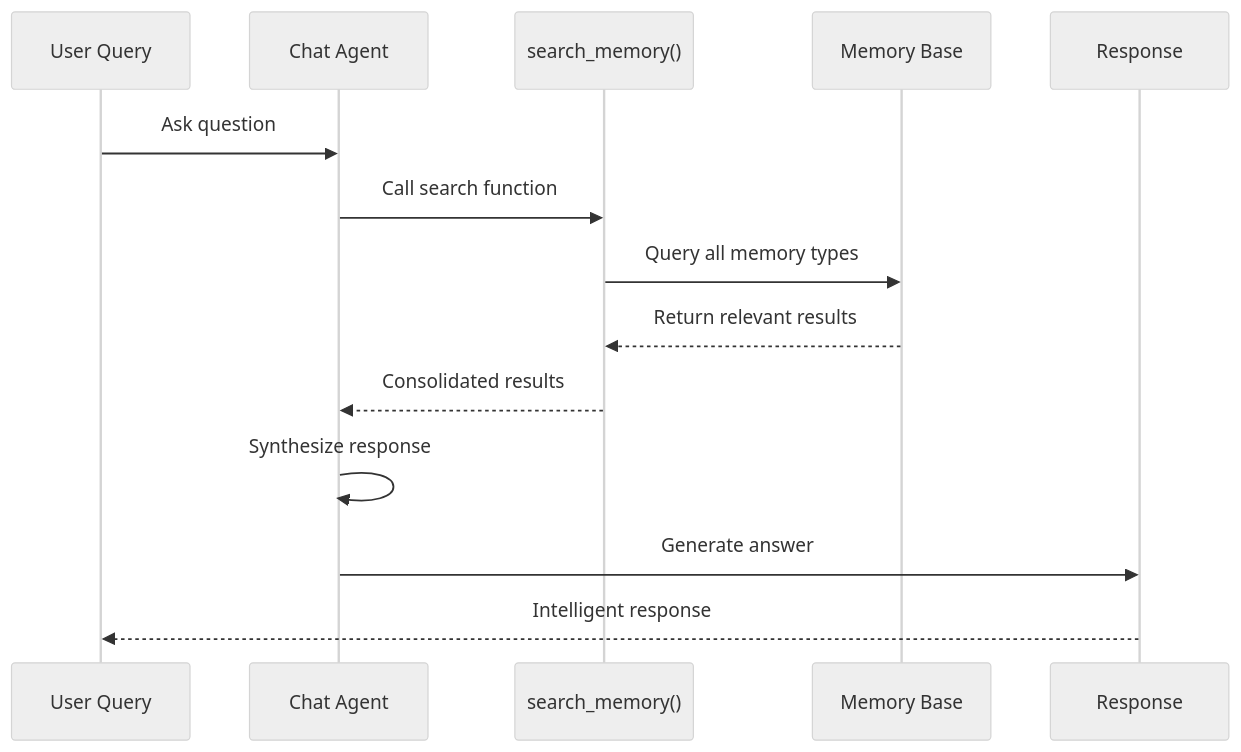
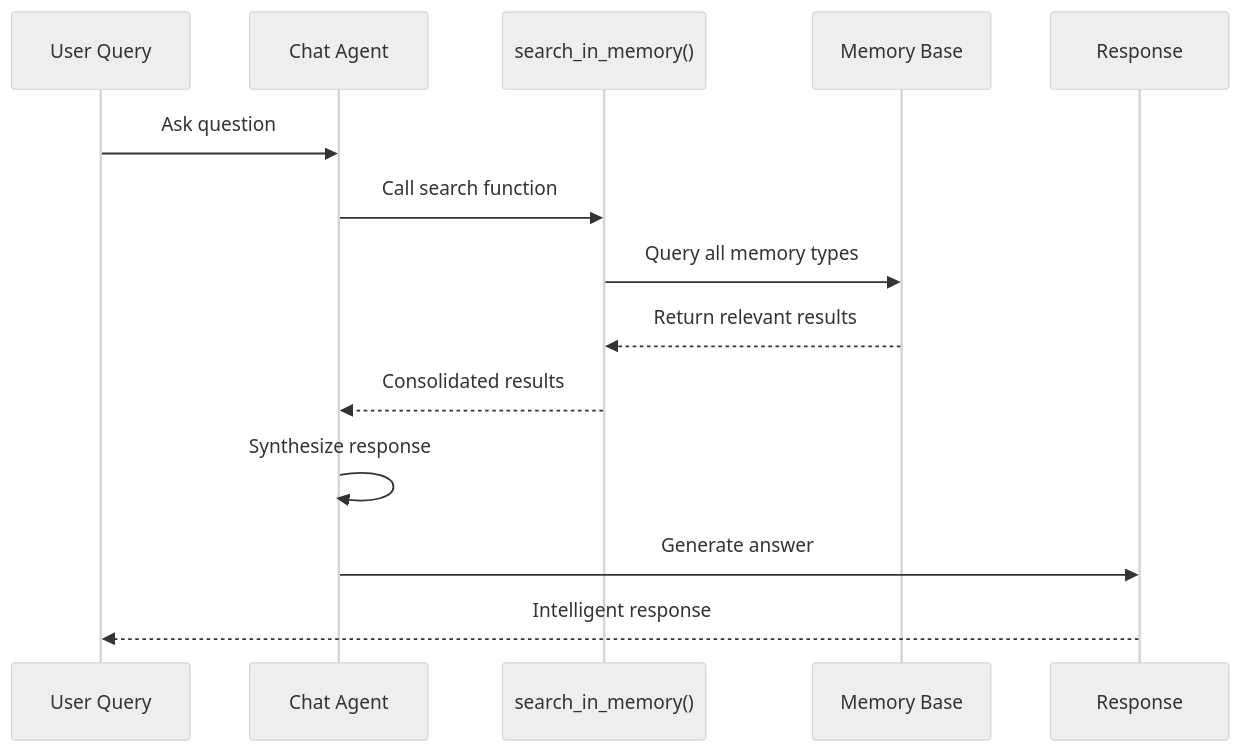
The third of 3 diagrams in docs/architecture/multi-agent-system.md (Mirix-AI/MIRIX-docs), drawn with Mermaid (neutral theme) before and after one commit. The commit also changed other lines of this file and 24 other files, not shown here.

````diff
--- a/docs/architecture/multi-agent-system.md
+++ b/docs/architecture/multi-agent-system.md
@@ -201,17 +206,17 @@
 ```mermaid
 sequenceDiagram
     participant U as User Query
     participant C as Chat Agent
-    participant S as search_memory()
+    participant S as search_in_memory()
     participant DB as Memory Base
     participant R as Response
     
     U->>C: Ask question
     C->>S: Call search function
     S->>DB: Query all memory types
     DB-->>S: Return relevant results
     S-->>C: Consolidated results
     C->>C: Synthesize response
     C->>R: Generate answer
     R-->>U: Intelligent response
 ```
````
